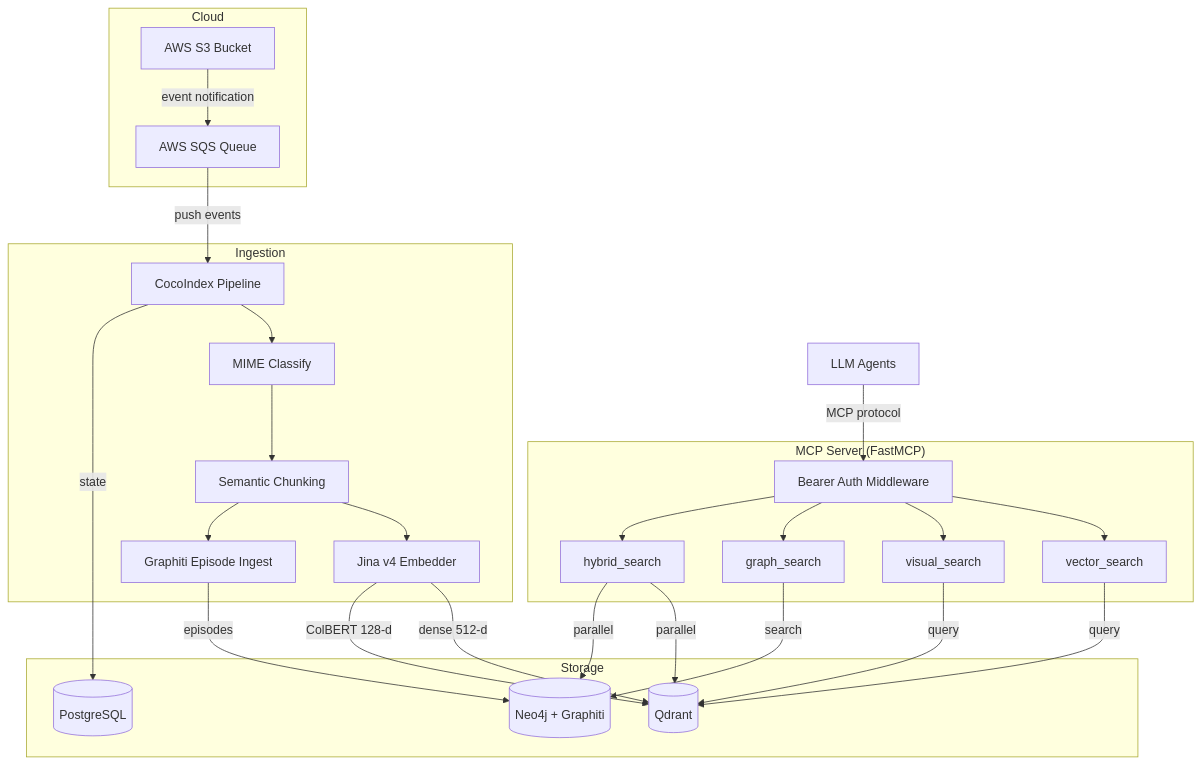
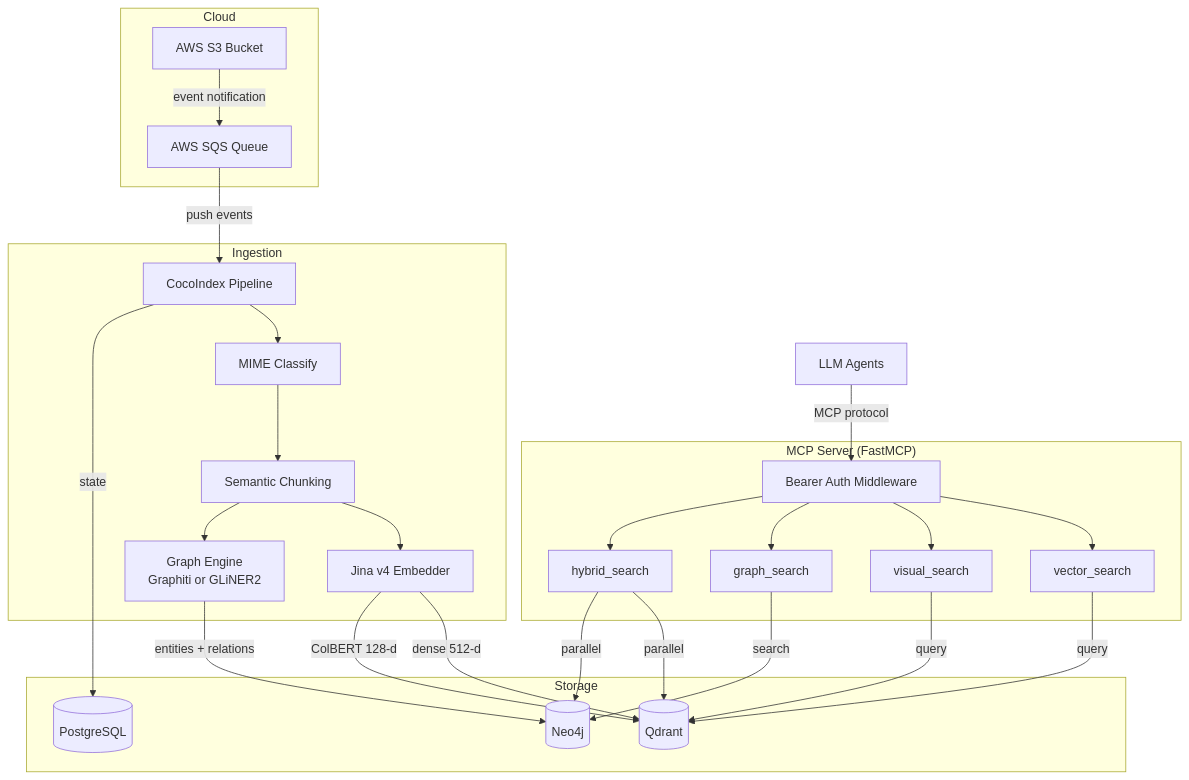
Before and after one commit to dollro/spektr: the diagram in docs/architecture/overview.md, drawn with Mermaid. The commit also changed other lines of this file and 8 other files, not shown here.

First line of the commit message:
docs: update documentation for modular graph engine (GLiNER2 + Graphiti)

````diff
--- a/docs/architecture/overview.md
+++ b/docs/architecture/overview.md
@@ -7,46 +7,46 @@
 ```mermaid
 graph TB
     subgraph Cloud
         S3[AWS S3 Bucket]
         SQS[AWS SQS Queue]
     end
 
     subgraph Ingestion
         Pipeline[CocoIndex Pipeline]
         Classify[MIME Classify]
         Chunk[Semantic Chunking]
         Embed[Jina v4 Embedder]
-        Extract[Graphiti Episode Ingest]
+        Extract[Graph Engine\nGraphiti or GLiNER2]
     end
 
     subgraph Storage
         Qdrant[(Qdrant)]
-        Neo4j[(Neo4j + Graphiti)]
+        Neo4j[(Neo4j)]
         PG[(PostgreSQL)]
     end
 
     subgraph "MCP Server (FastMCP)"
         Auth[Bearer Auth Middleware]
         VS[vector_search]
         VIS[visual_search]
         GS[graph_search]
         HS[hybrid_search]
     end
 
     Agent[LLM Agents]
 
     S3 -->|event notification| SQS
     SQS -->|push events| Pipeline
     Pipeline --> Classify --> Chunk --> Embed
     Chunk --> Extract
     Embed -->|dense 512-d| Qdrant
     Embed -->|ColBERT 128-d| Qdrant
-    Extract -->|episodes| Neo4j
+    Extract -->|entities + relations| Neo4j
     Pipeline -->|state| PG
 
     Agent -->|MCP protocol| Auth
     Auth --> VS & VIS & GS & HS
     VS & VIS -->|query| Qdrant
     GS -->|search| Neo4j
     HS -->|parallel| Qdrant & Neo4j
 ```
````
